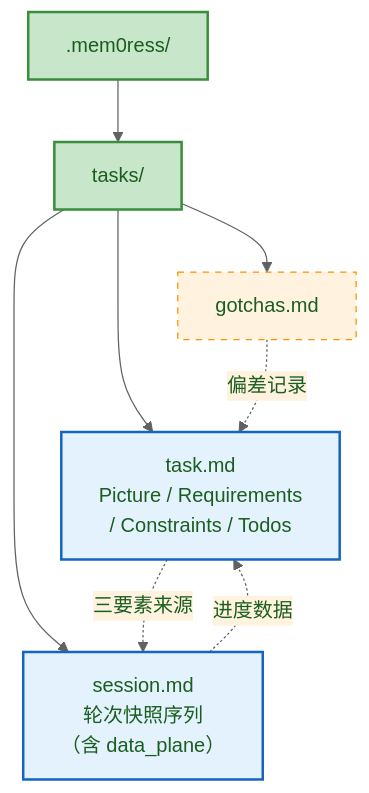
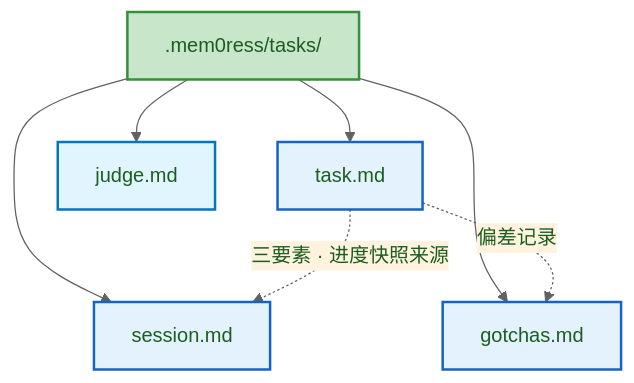
One commit to Lazyn0tBug/mem0ress changed the eighth of 9 diagrams in docs/spec.md. Above: the diagram before and after it, drawn with Mermaid. The commit also changed other lines of this file, not shown here.

````diff
--- a/docs/spec.md
+++ b/docs/spec.md
@@ -470,26 +477,26 @@
 ```mermaid
 %% label：.mem0ress 文件树与概念映射
 %%{ init: { 'theme': 'base', 'themeVariables': { 'primaryColor': '#e8f5e9', 'primaryTextColor': '#1b5e20', 'primaryBorderColor': '#388e3c', 'lineColor': '#616161', 'secondaryColor': '#fff3e0' } } }%%
 graph TD
-    ROOT[".mem0ress/"]
-    TASKS["tasks/"]
-    TMPL["task.md\nPicture / Requirements\n/ Constraints / Todos"]
-    SESS["session.md\n轮次快照序列\n（含 data_plane）"]
+    ROOT[".mem0ress/tasks/"]
+    TMPL["task.md"]
+    SESS["session.md"]
     GOT["gotchas.md"]
+    JDG["judge.md"]
 
-    ROOT --> TASKS
-    TASKS --> TMPL
-    TASKS --> SESS
-    TASKS --> GOT
+    ROOT --> TMPL
+    ROOT --> SESS
+    ROOT --> GOT
+    ROOT --> JDG
 
-    TMPL -.->|三要素来源| SESS
-    SESS -.->|进度数据| TMPL
-    GOT -.->|偏差记录| TMPL
+    TMPL -.->|三要素 · 进度快照来源| SESS
+    TMPL -.->|偏差记录| GOT
 
     classDef dir fill:#c8e6c9,stroke:#388e3c,stroke-width:2px;
     classDef file fill:#e3f2fd,stroke:#1565c0,stroke-width:2px;
+    classDef judge fill:#e1f5fe,stroke:#0277bd,stroke-width:2px;
     classDef ref fill:#fff3e0,stroke:#ff8f00,stroke-width:1px,stroke-dasharray:5,5;
-    class ROOT,TASKS dir;
+    class ROOT dir;
     class TMPL,SESS,GOT file;
-    class GOT ref;
+    class JDG judge;
 ```
````
